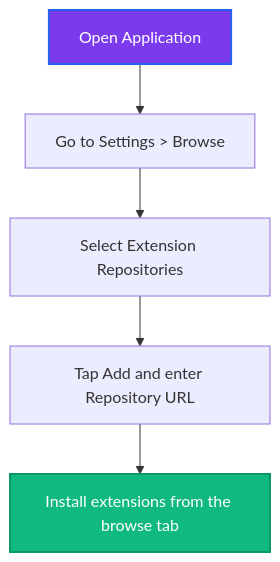
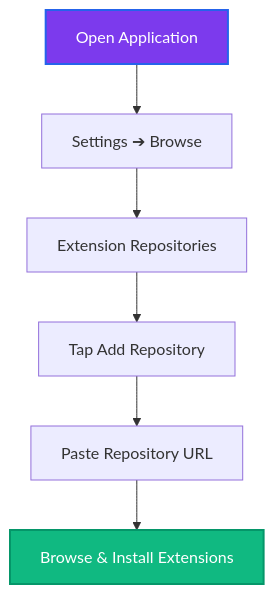
Before and after one commit to salmanbappi/extensions-repo: the diagram in README.md, drawn with Mermaid. The commit also changed other lines of this file and 5 other files, not shown here.

````diff
--- a/README.md
+++ b/README.md
@@ -29,9 +29,10 @@
 ```mermaid
 graph TD
-    A[Open Application] --> B[Go to Settings > Browse]
-    B --> C[Select Extension Repositories]
-    C --> D[Tap Add and enter Repository URL]
-    D --> E[Install extensions from the browse tab]
+    A[Open Application] --> B[Settings ➔ Browse]
+    B --> C[Extension Repositories]
+    C --> D[Tap Add Repository]
+    D --> E[Paste Repository URL]
+    E --> F[Browse & Install Extensions]
     style A fill:#7c3aed,stroke:#2563eb,stroke-width:2px,color:#fff
-    style E fill:#10b981,stroke:#059669,stroke-width:2px,color:#fff
+    style F fill:#10b981,stroke:#059669,stroke-width:2px,color:#fff
 ```
````
